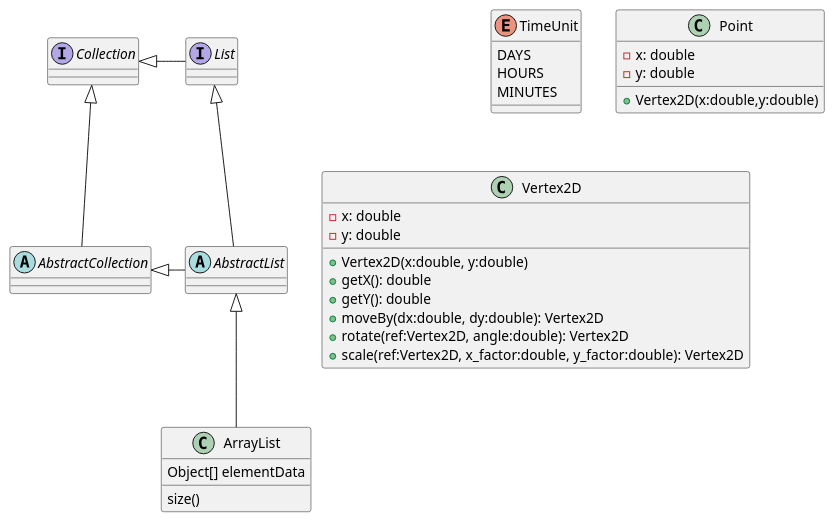
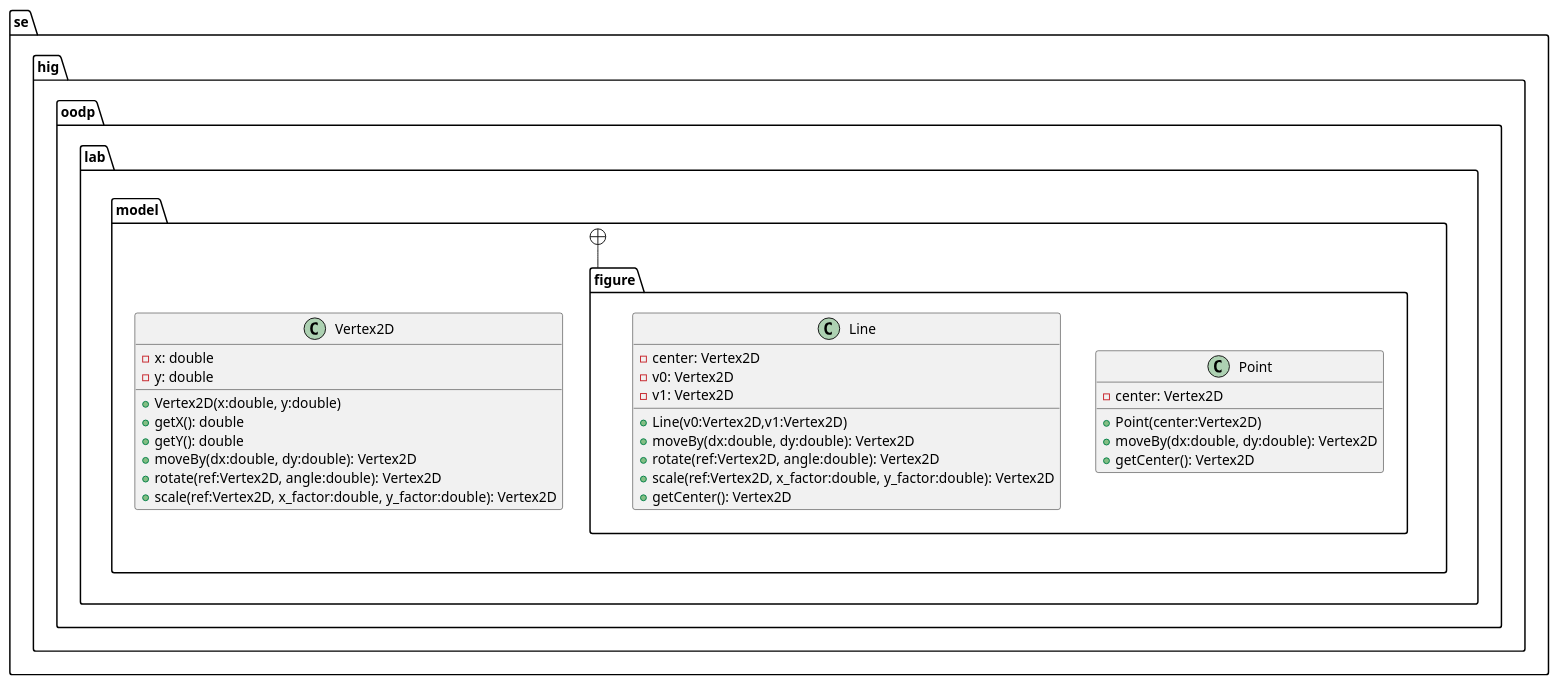
The diagram in diagram/uppgift1.puml (jonasjberg/DVG303_lab2), drawn with PlantUML before and after one commit.

Commit message:
Diagram wip ..

```diff
--- a/diagram/uppgift1.puml
+++ b/diagram/uppgift1.puml
@@ -1,46 +1,56 @@
 @startuml
 
-abstract class AbstractList
-abstract AbstractCollection
-interface List
-interface Collection
+skinparam packageStyle folder
 
-List <|-- AbstractList
-Collection <|-- AbstractCollection
+'abstract class AbstractList
+'abstract AbstractCollection
+'interface List
+'interface Collection
+'
+'List <|-- AbstractList
+'Collection <|-- AbstractCollection
+'
+'Collection <|- List
+'AbstractCollection <|- AbstractList
+'AbstractList <|-- ArrayList
 
-Collection <|- List
-AbstractCollection <|- AbstractList
-AbstractList <|-- ArrayList
-
-class ArrayList {
-Object[] elementData
-size()
+package se.hig.oodp.lab.model {
+    class Vertex2D {
+        -x: double
+        -y: double
+        +Vertex2D(x:double, y:double)
+        +getX(): double
+        +getY(): double
+        +moveBy(dx:double, dy:double): Vertex2D
+        +rotate(ref:Vertex2D, angle:double): Vertex2D
+        +scale(ref:Vertex2D, x_factor:double, y_factor:double): Vertex2D
+    }
 }
 
-enum TimeUnit {
-DAYS
-HOURS
-MINUTES
+package se.hig.oodp.lab.model.figure {
+    class Point {
+        -center: Vertex2D
+        +Point(center:Vertex2D)
+        +moveBy(dx:double, dy:double): Vertex2D
+        +getCenter(): Vertex2D
+    }
+
+    class Line {
+        -center: Vertex2D
+        -v0: Vertex2D
+        -v1: Vertex2D
+        +Line(v0:Vertex2D,v1:Vertex2D)
+        +moveBy(dx:double, dy:double): Vertex2D
+        +rotate(ref:Vertex2D, angle:double): Vertex2D
+        +scale(ref:Vertex2D, x_factor:double, y_factor:double): Vertex2D
+        +getCenter(): Vertex2D
+    }
 }
 
-class Point {
-    -x: double
-    -y: double
-    +Vertex2D(x:double,y:double)
-}
+se.hig.oodp.lab.model +-- se.hig.oodp.lab.model.figure
 
-class Vertex2D {
-    -x: double
-    -y: double
-    +Vertex2D(x:double, y:double)
-    +getX(): double
-    +getY(): double
-    +moveBy(dx:double, dy:double): Vertex2D
-    +rotate(ref:Vertex2D, angle:double): Vertex2D
-    +scale(ref:Vertex2D, x_factor:double, y_factor:double): Vertex2D
-}
 
 
 
 
 @enduml
```
